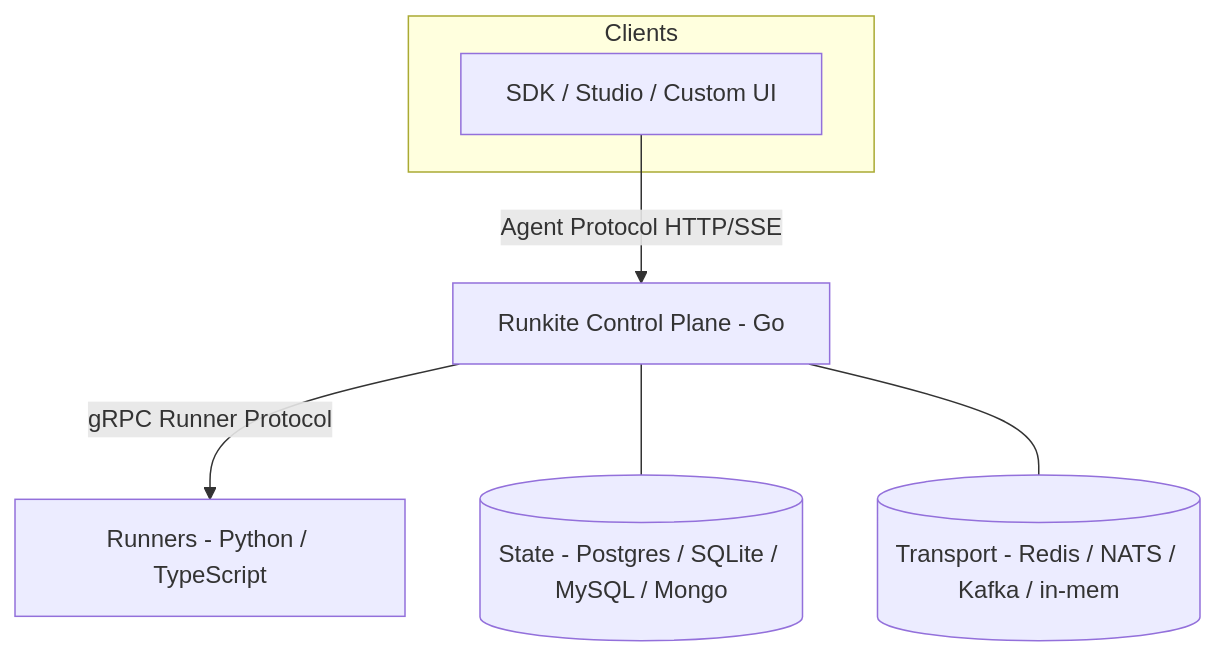
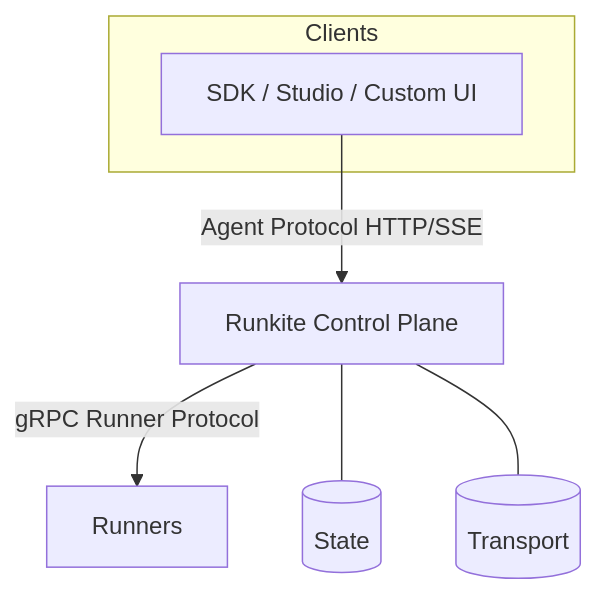
One commit to getrunkite/runkite changed the first of 2 diagrams in README.md. Above: the diagram before and after it, drawn with Mermaid. The commit also changed other lines of this file, not shown here.

````diff
--- a/README.md
+++ b/README.md
@@ -19,10 +33,10 @@
 ```mermaid
 flowchart TB
   subgraph clients [Clients]
     SDK[SDK / Studio / Custom UI]
   end
-  SDK -->|Agent Protocol HTTP/SSE| CP[Runkite Control Plane - Go]
-  CP -->|gRPC Runner Protocol| R[Runners - Python / TypeScript]
-  CP --- S[(State - Postgres / SQLite / MySQL / Mongo)]
-  CP --- T[(Transport - Redis / NATS / Kafka / in-mem)]
+  SDK -->|Agent Protocol HTTP/SSE| CP[Runkite Control Plane]
+  CP -->|gRPC Runner Protocol| R[Runners]
+  CP --- S[(State)]
+  CP --- T[(Transport)]
 ```
````
